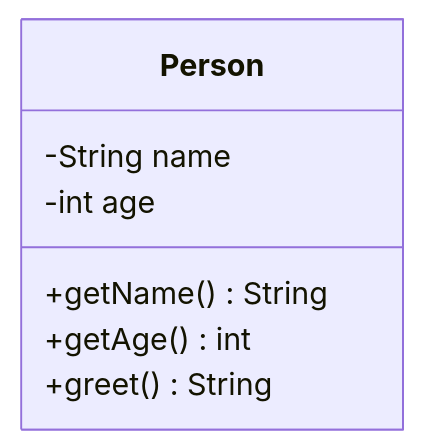
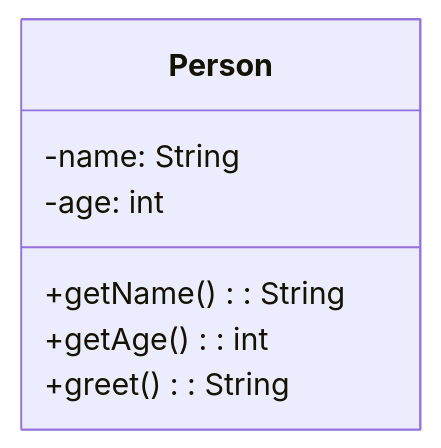
Before and after one commit to ProfesorPermuta/web-cd: the third of 3 diagrams in src/pages/tema-3/b-uml-y-poo.md, drawn with Mermaid. The commit also changed other lines of this file and 6 other files, not shown here.

First line of the commit message:
Tema 3: guías de Mermaid y ejercicios de diseño sin código

````diff
--- a/src/pages/tema-3/b-uml-y-poo.md
+++ b/src/pages/tema-3/b-uml-y-poo.md
@@ -104,10 +104,10 @@
 ```mermaid
 classDiagram
     class Person {
-        -String name
-        -int age
-        +getName() String
-        +getAge() int
-        +greet() String
+        -name: String
+        -age: int
+        +getName(): String
+        +getAge(): int
+        +greet(): String
     }
 ```
````
